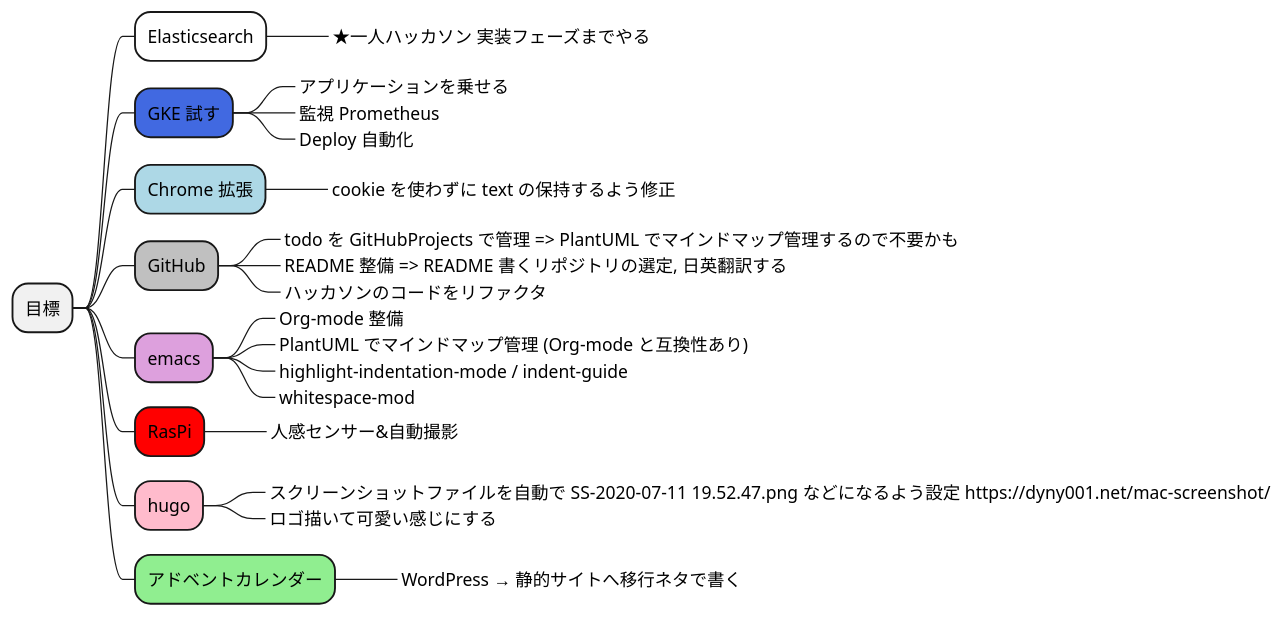
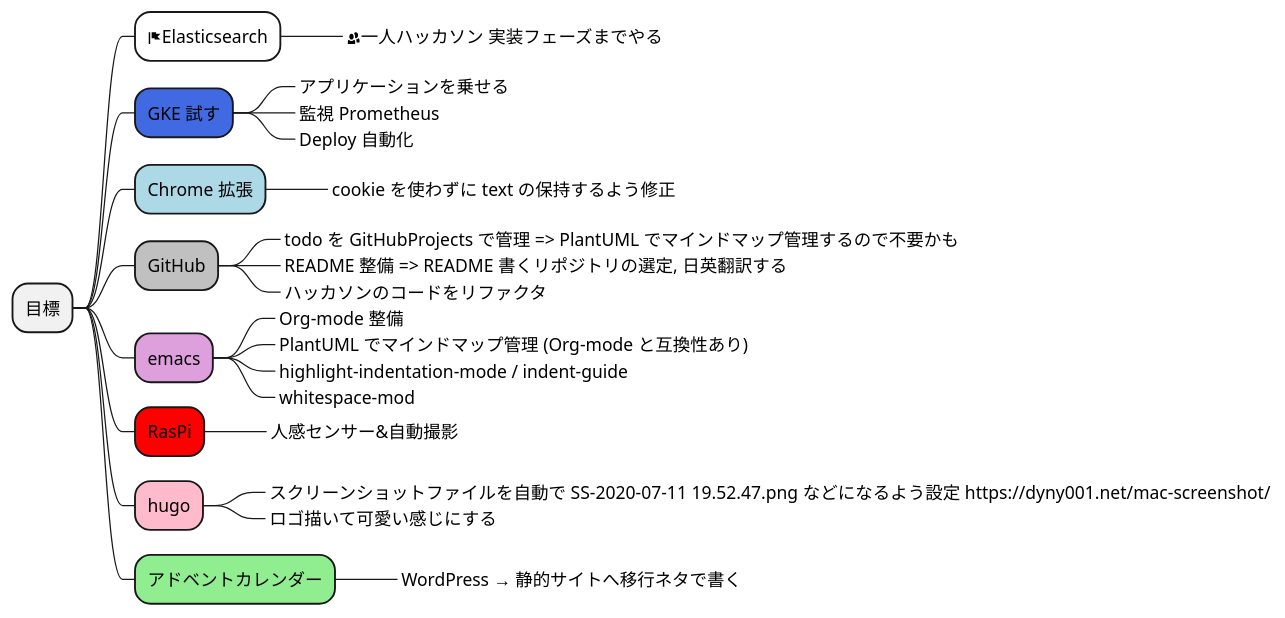
One commit to Ishizuka427/MindMap changed the diagram in test.puml. Above: the diagram before and after it, drawn with PlantUML.

```diff
--- a/test.puml
+++ b/test.puml
@@ -1,27 +1,27 @@
 @startmindmap
 * 目標
-**[#white] Elasticsearch
-***_ ★一人ハッカソン 実装フェーズまでやる
+**[#white] <&flag>Elasticsearch
+***_ <&people>一人ハッカソン 実装フェーズまでやる
 **[#royalblue] GKE 試す
 ***_ アプリケーションを乗せる
 ***_ 監視 Prometheus
 ***_ Deploy 自動化 
 **[#lightblue] Chrome 拡張
 ***_ cookie を使わずに text の保持するよう修正
 **[#silver] GitHub
 ***_ todo を GitHubProjects で管理 => PlantUML でマインドマップ管理するので不要かも
 ***_ README 整備 => README 書くリポジトリの選定, 日英翻訳する
 ***_ ハッカソンのコードをリファクタ
 **[#plum] emacs
 ***_ Org-mode 整備
 ***_ PlantUML でマインドマップ管理 (Org-mode と互換性あり)
 ***_ highlight-indentation-mode / indent-guide
 ***_ whitespace-mod
 **[#red] RasPi
 ***_ 人感センサー&自動撮影
 **[#FFBBCC] hugo
 ***_ スクリーンショットファイルを自動で SS-2020-07-11 19.52.47.png などになるよう設定 https://dyny001.net/mac-screenshot/
 ***_ ロゴ描いて可愛い感じにする
 **[#lightgreen] アドベントカレンダー
 ***_ WordPress → 静的サイトへ移行ネタで書く
 @endmindmap
```
